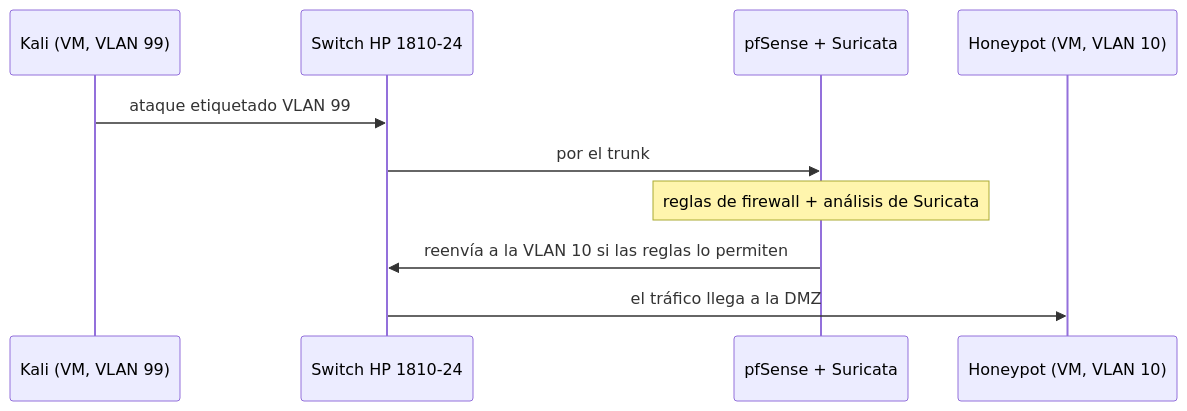
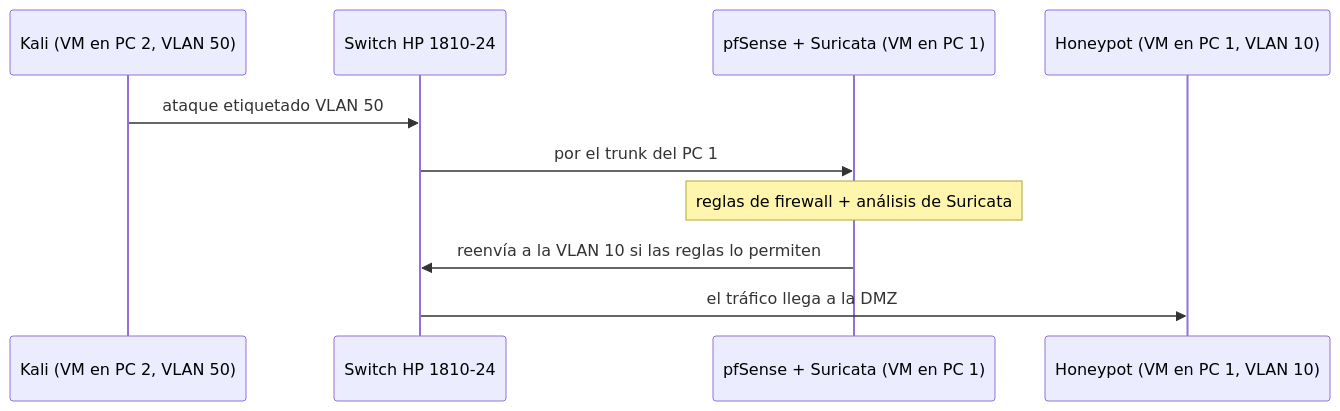
The third of 3 diagrams in docs/honeynet/introduccion-al-proyecto/infraestructura-fisica.md (alexnaranjooo/APUNTES-ASIX), drawn with Mermaid before and after one commit. The commit also changed other lines of this file and 3 other files, not shown here.

Commit message:
GITBOOK-58: Arquitectura con dos Proxmox: infraestructura, diagrama, alcance y checklist

````diff
--- a/docs/honeynet/introduccion-al-proyecto/infraestructura-fisica.md
+++ b/docs/honeynet/introduccion-al-proyecto/infraestructura-fisica.md
@@ -78,13 +82,13 @@
 ```mermaid
 sequenceDiagram
-    participant K as Kali (VM, VLAN 99)
+    participant K as Kali (VM en PC 2, VLAN 50)
     participant SW as Switch HP 1810-24
-    participant PF as pfSense + Suricata
-    participant H as Honeypot (VM, VLAN 10)
+    participant PF as pfSense + Suricata (VM en PC 1)
+    participant H as Honeypot (VM en PC 1, VLAN 10)
 
-    K->>SW: ataque etiquetado VLAN 99
-    SW->>PF: por el trunk
+    K->>SW: ataque etiquetado VLAN 50
+    SW->>PF: por el trunk del PC 1
     Note over PF: reglas de firewall + análisis de Suricata
     PF->>SW: reenvía a la VLAN 10 si las reglas lo permiten
     SW->>H: el tráfico llega a la DMZ
 ```
````
